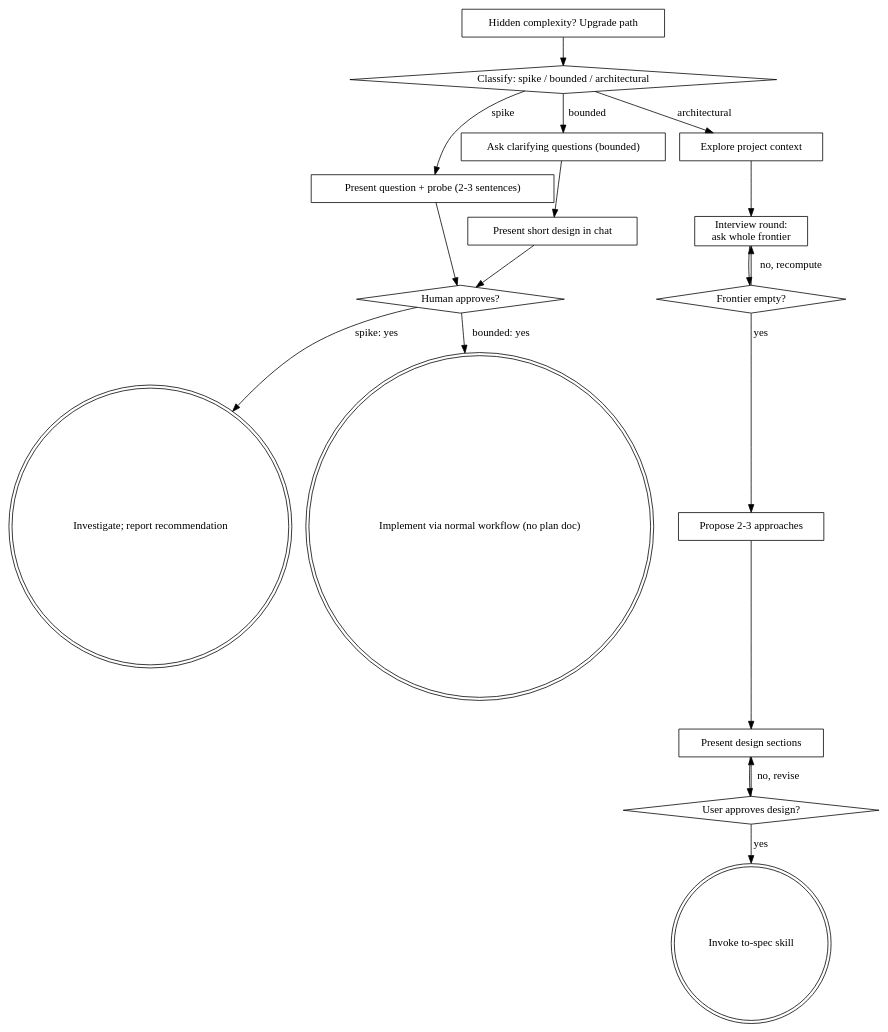
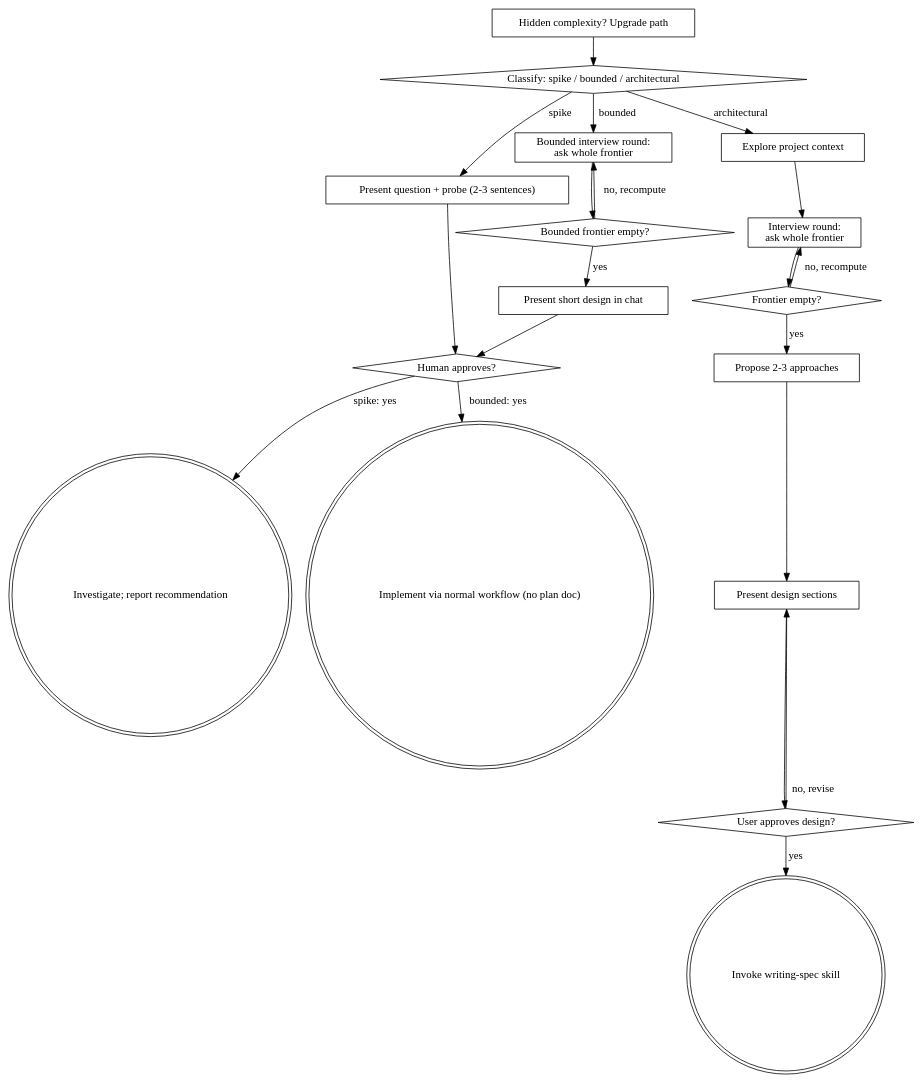
The diagram in plugins/me/skills/brainstorming/SKILL.md (baleen37/bstack), drawn with Graphviz before and after one commit. The commit also changed other lines of this file and 7 other files, not shown here.

````diff
--- a/plugins/me/skills/brainstorming/SKILL.md
+++ b/plugins/me/skills/brainstorming/SKILL.md
@@ -104,37 +108,40 @@
 ```dot
 digraph brainstorming {
     "Classify: spike / bounded / architectural" [shape=diamond];
     "Present question + probe (2-3 sentences)" [shape=box];
-    "Ask clarifying questions (bounded)" [shape=box];
+    "Bounded interview round:\nask whole frontier" [shape=box];
+    "Bounded frontier empty?" [shape=diamond];
     "Present short design in chat" [shape=box];
     "Human approves?" [shape=diamond];
     "Investigate; report recommendation" [shape=doublecircle];
     "Implement via normal workflow (no plan doc)" [shape=doublecircle];
     "Explore project context" [shape=box];
     "Interview round:\nask whole frontier" [shape=box];
     "Frontier empty?" [shape=diamond];
     "Propose 2-3 approaches" [shape=box];
     "Present design sections" [shape=box];
     "User approves design?" [shape=diamond];
-    "Invoke to-spec skill" [shape=doublecircle];
+    "Invoke writing-spec skill" [shape=doublecircle];
     "Hidden complexity? Upgrade path" [shape=box];
 
     "Classify: spike / bounded / architectural" -> "Present question + probe (2-3 sentences)" [label="spike"];
-    "Classify: spike / bounded / architectural" -> "Ask clarifying questions (bounded)" [label="bounded"];
+    "Classify: spike / bounded / architectural" -> "Bounded interview round:\nask whole frontier" [label="bounded"];
     "Classify: spike / bounded / architectural" -> "Explore project context" [label="architectural"];
     "Present question + probe (2-3 sentences)" -> "Human approves?";
-    "Ask clarifying questions (bounded)" -> "Present short design in chat";
+    "Bounded interview round:\nask whole frontier" -> "Bounded frontier empty?";
+    "Bounded frontier empty?" -> "Bounded interview round:\nask whole frontier" [label="no, recompute"];
+    "Bounded frontier empty?" -> "Present short design in chat" [label="yes"];
     "Present short design in chat" -> "Human approves?";
     "Human approves?" -> "Investigate; report recommendation" [label="spike: yes"];
     "Human approves?" -> "Implement via normal workflow (no plan doc)" [label="bounded: yes"];
     "Hidden complexity? Upgrade path" -> "Classify: spike / bounded / architectural";
     "Explore project context" -> "Interview round:\nask whole frontier";
     "Interview round:\nask whole frontier" -> "Frontier empty?";
     "Frontier empty?" -> "Interview round:\nask whole frontier" [label="no, recompute"];
     "Frontier empty?" -> "Propose 2-3 approaches" [label="yes"];
     "Propose 2-3 approaches" -> "Present design sections";
     "Present design sections" -> "User approves design?";
     "User approves design?" -> "Present design sections" [label="no, revise"];
-    "User approves design?" -> "Invoke to-spec skill" [label="yes"];
+    "User approves design?" -> "Invoke writing-spec skill" [label="yes"];
 }
 ```
````
